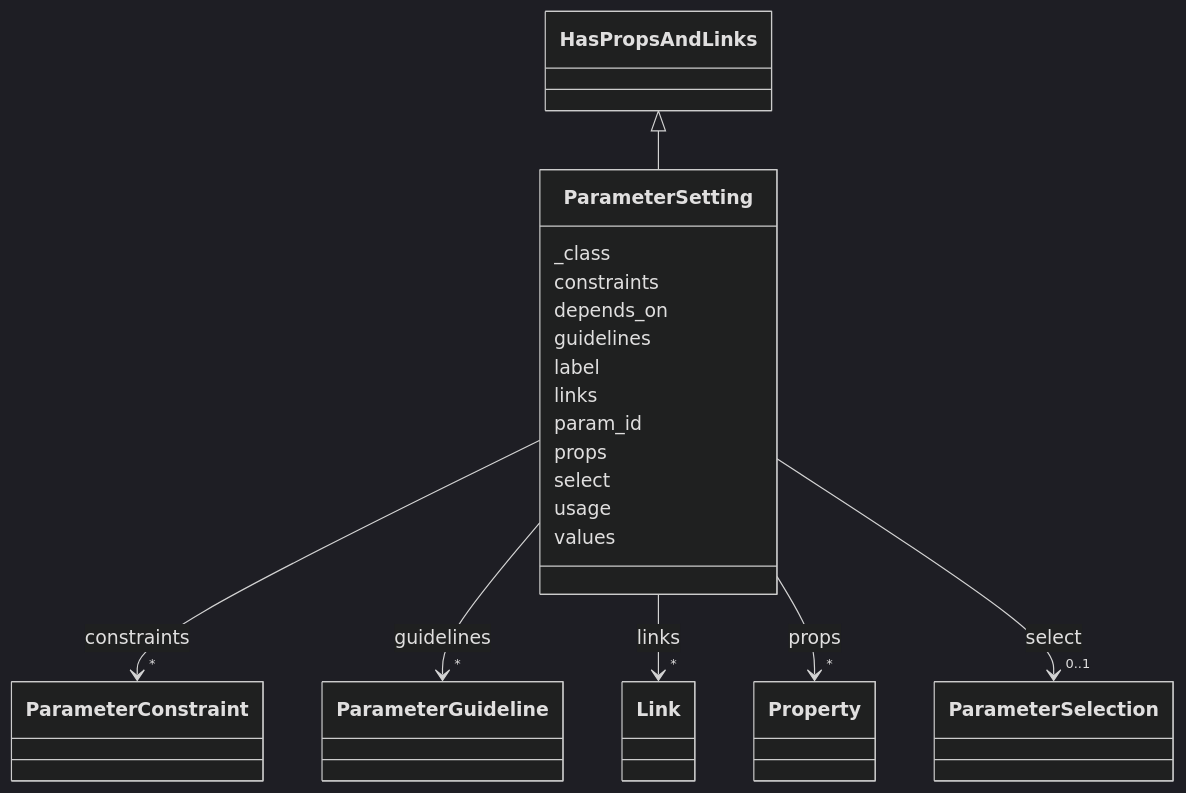
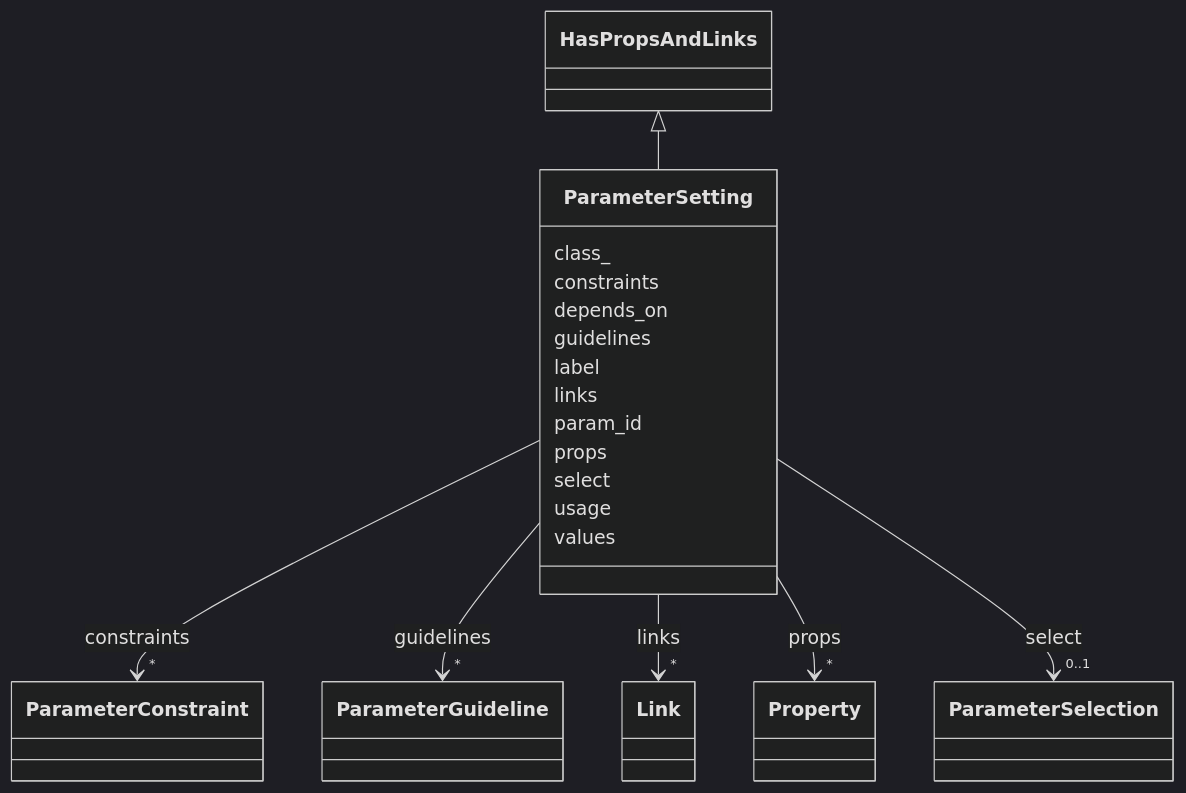
The diagram in project/mermaid/ParameterSetting.md (lmodel/oscal), drawn with Mermaid (dark theme) before and after one commit. The commit also changed 434 other files, not shown here.

Commit message:
fix(schema): stamp the modules for 1.2.3 and regenerate extended outputs

````diff
--- a/project/mermaid/ParameterSetting.md
+++ b/project/mermaid/ParameterSetting.md
@@ -4,76 +4,76 @@
 ```mermaid
  classDiagram
     class ParameterSetting
     click ParameterSetting href "../ParameterSetting"
       HasPropsAndLinks <|-- ParameterSetting
         click HasPropsAndLinks href "../HasPropsAndLinks"
       
-      ParameterSetting : _class
+      ParameterSetting : class_
         
       ParameterSetting : constraints
         
           
     
         
         
         ParameterSetting --> "*" ParameterConstraint : constraints
         click ParameterConstraint href "../ParameterConstraint"
     
 
         
       ParameterSetting : depends_on
         
       ParameterSetting : guidelines
         
           
     
         
         
         ParameterSetting --> "*" ParameterGuideline : guidelines
         click ParameterGuideline href "../ParameterGuideline"
     
 
         
       ParameterSetting : label
         
       ParameterSetting : links
         
           
     
         
         
         ParameterSetting --> "*" Link : links
         click Link href "../Link"
     
 
         
       ParameterSetting : param_id
         
       ParameterSetting : props
         
           
     
         
         
         ParameterSetting --> "*" Property : props
         click Property href "../Property"
     
 
         
       ParameterSetting : select
         
           
     
         
         
         ParameterSetting --> "0..1" ParameterSelection : select
         click ParameterSelection href "../ParameterSelection"
     
 
         
       ParameterSetting : usage
         
       ParameterSetting : values
         
       
 ```
````
